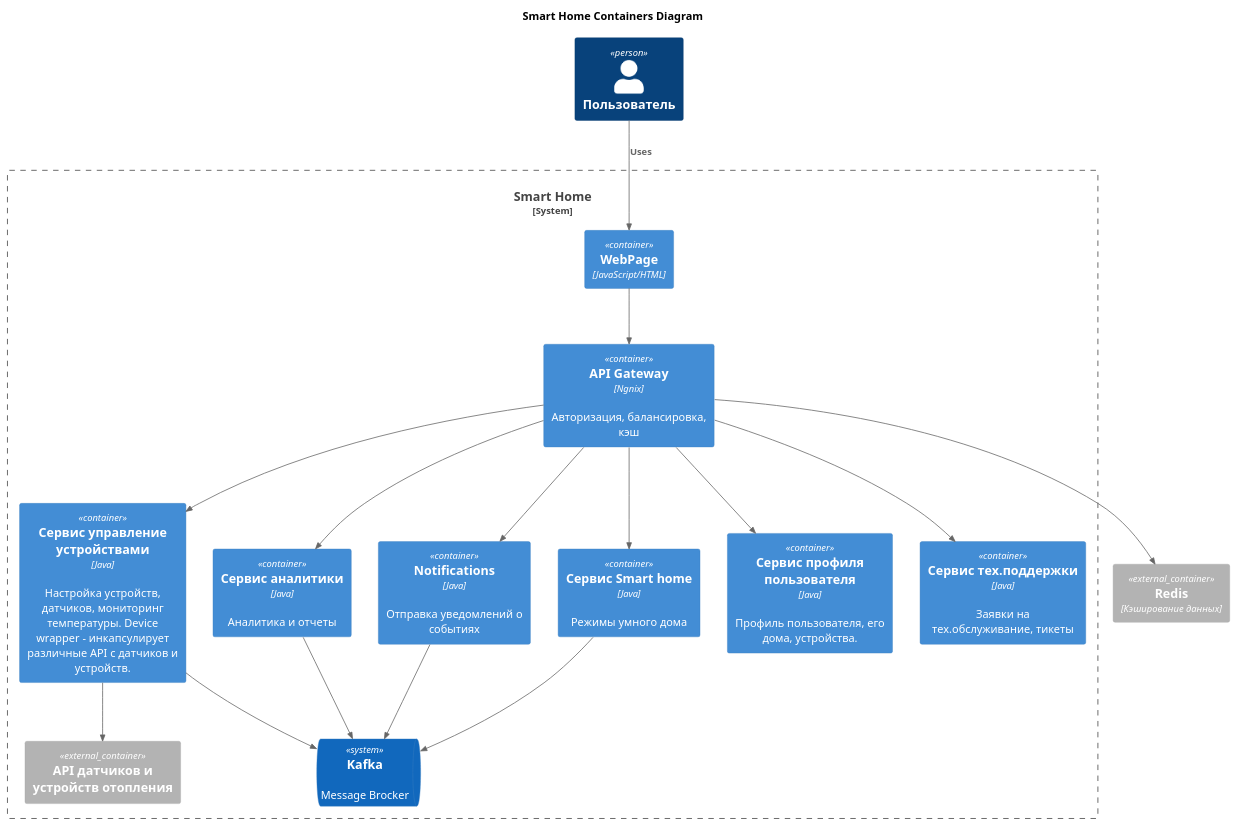
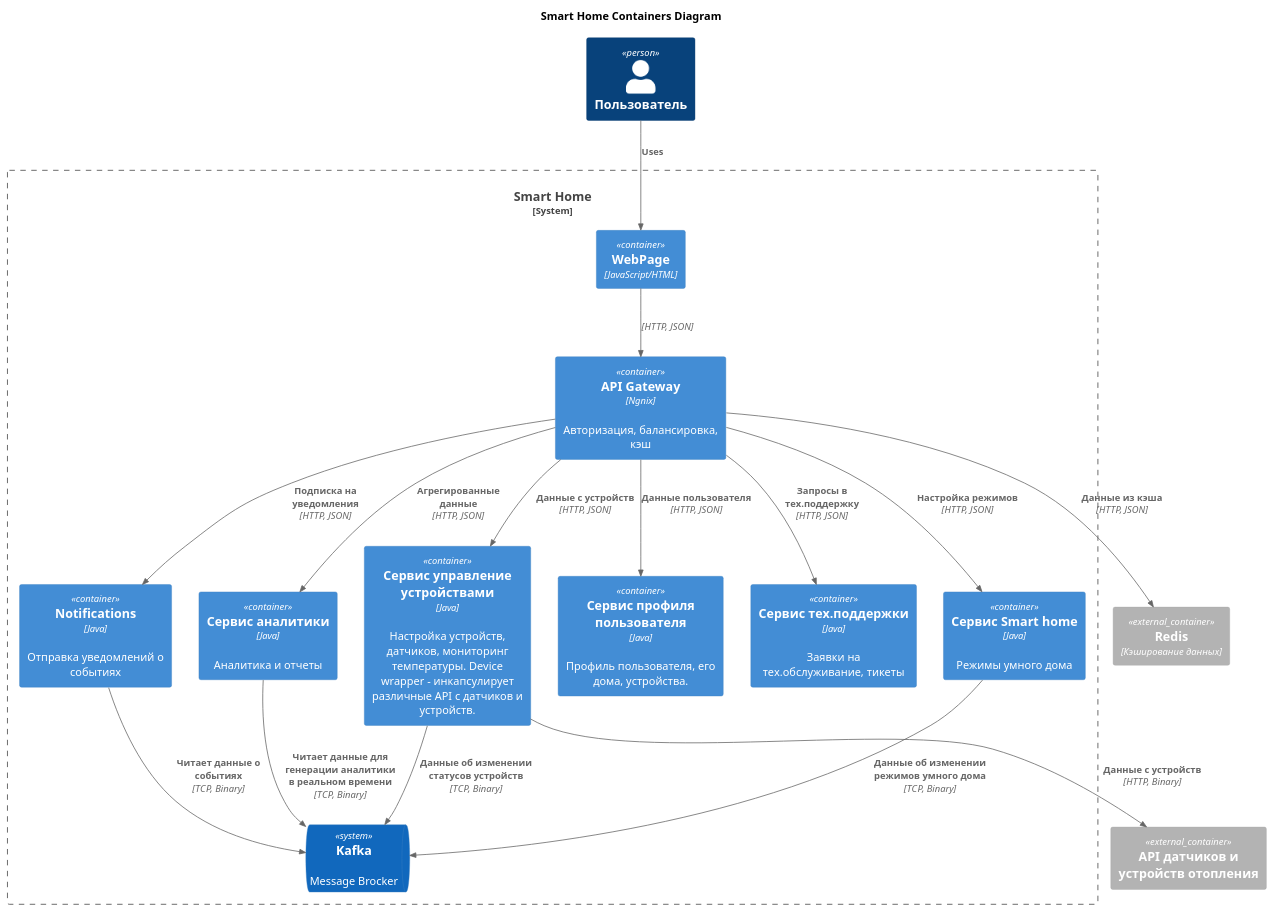
One commit to AlbertDavletov/architecture-sprint-3 changed the diagram in docs/containers/smart-home-containers.puml. Above: the diagram before and after it, drawn with PlantUML. The commit also changed 6 other files, not shown here.

```diff
--- a/docs/containers/smart-home-containers.puml
+++ b/docs/containers/smart-home-containers.puml
@@ -1,43 +1,43 @@
 @startuml Containers
 title Smart Home Containers Diagram
 !include https://raw.githubusercontent.com/plantuml-stdlib/C4-PlantUML/master/C4_Container.puml
 
 Person(user, "Пользователь")
 
 System_Boundary(SmartHome, "Smart Home") {
     Container(UIContainer, "WebPage", "JavaScript/HTML")
     Container(APIGatewayContainer, "API Gateway","Ngnix", "Авторизация, балансировка, кэш")
     Container(SmartHomeControlContainer, "Сервис Smart home", "Java", "Режимы умного дома")
     Container(DevicesContainer, "Сервис управление устройствами", "Java", "Настройка устройств, датчиков, мониторинг температуры. Device wrapper - инкапсулирует различные API с датчиков и устройств.")
 
     Container(AnalyticsContainer, "Сервис аналитики", "Java", "Аналитика и отчеты")
 
     Container(NotificationService, "Notifications", "Java", "Отправка уведомлений о событиях")
     Container(UserContainer, "Сервис профиля пользователя", "Java", "Профиль пользователя, его дома, устройства.")
     Container(SupportContainer, "Сервис тех.поддержки", "Java", "Заявки на тех.обслуживание, тикеты")
 
     SystemQueue(Kafka, "Kafka", "Message Brocker")
-    Container_Ext(DevicesAPIContainerExt, "API датчиков и устройств отопления")
 }
 
+Container_Ext(DevicesAPIContainerExt, "API датчиков и устройств отопления")
 Container_Ext(RedisContainerExt, "Redis", "Кэширование данных")
 
 Rel(user, UIContainer, "Uses")
-Rel(UIContainer, APIGatewayContainer, "")
-Rel(APIGatewayContainer, UserContainer, "")
-Rel(APIGatewayContainer, SmartHomeControlContainer, "")
-Rel(APIGatewayContainer, DevicesContainer, "")
+Rel(UIContainer, APIGatewayContainer, "", "HTTP, JSON")
+Rel(APIGatewayContainer, UserContainer, "Данные пользователя", "HTTP, JSON")
+Rel(APIGatewayContainer, SmartHomeControlContainer, "Настройка режимов", "HTTP, JSON")
+Rel(APIGatewayContainer, DevicesContainer, "Данные с устройств", "HTTP, JSON")
 
-Rel(APIGatewayContainer, AnalyticsContainer, "")
-Rel(APIGatewayContainer, NotificationService, "")
-Rel(APIGatewayContainer, SupportContainer, "")
-Rel(APIGatewayContainer, RedisContainerExt, "")
+Rel(APIGatewayContainer, AnalyticsContainer, "Агрегированные данные", "HTTP, JSON")
+Rel(APIGatewayContainer, NotificationService, "Подписка на уведомления", "HTTP, JSON")
+Rel(APIGatewayContainer, SupportContainer, "Запросы в тех.поддержку", "HTTP, JSON")
+Rel(APIGatewayContainer, RedisContainerExt, "Данные из кэша", "HTTP, JSON")
 
-Rel(DevicesContainer, DevicesAPIContainerExt, "")
+Rel(DevicesContainer, DevicesAPIContainerExt, "Данные с устройств", "HTTP, Binary")
 
-Rel(SmartHomeControlContainer, Kafka, "")
-Rel(NotificationService, Kafka, "")
-Rel(AnalyticsContainer, Kafka, "")
-Rel(DevicesContainer, Kafka, "")
+Rel(SmartHomeControlContainer, Kafka, "Данные об изменении режимов умного дома", "TCP, Binary")
+Rel(NotificationService, Kafka, "Читает данные о событиях", "TCP, Binary")
+Rel(AnalyticsContainer, Kafka, "Читает данные для генерации аналитики в реальном времени", "TCP, Binary")
+Rel(DevicesContainer, Kafka, "Данные об изменении статусов устройств", "TCP, Binary")
 
 @enduml
```
